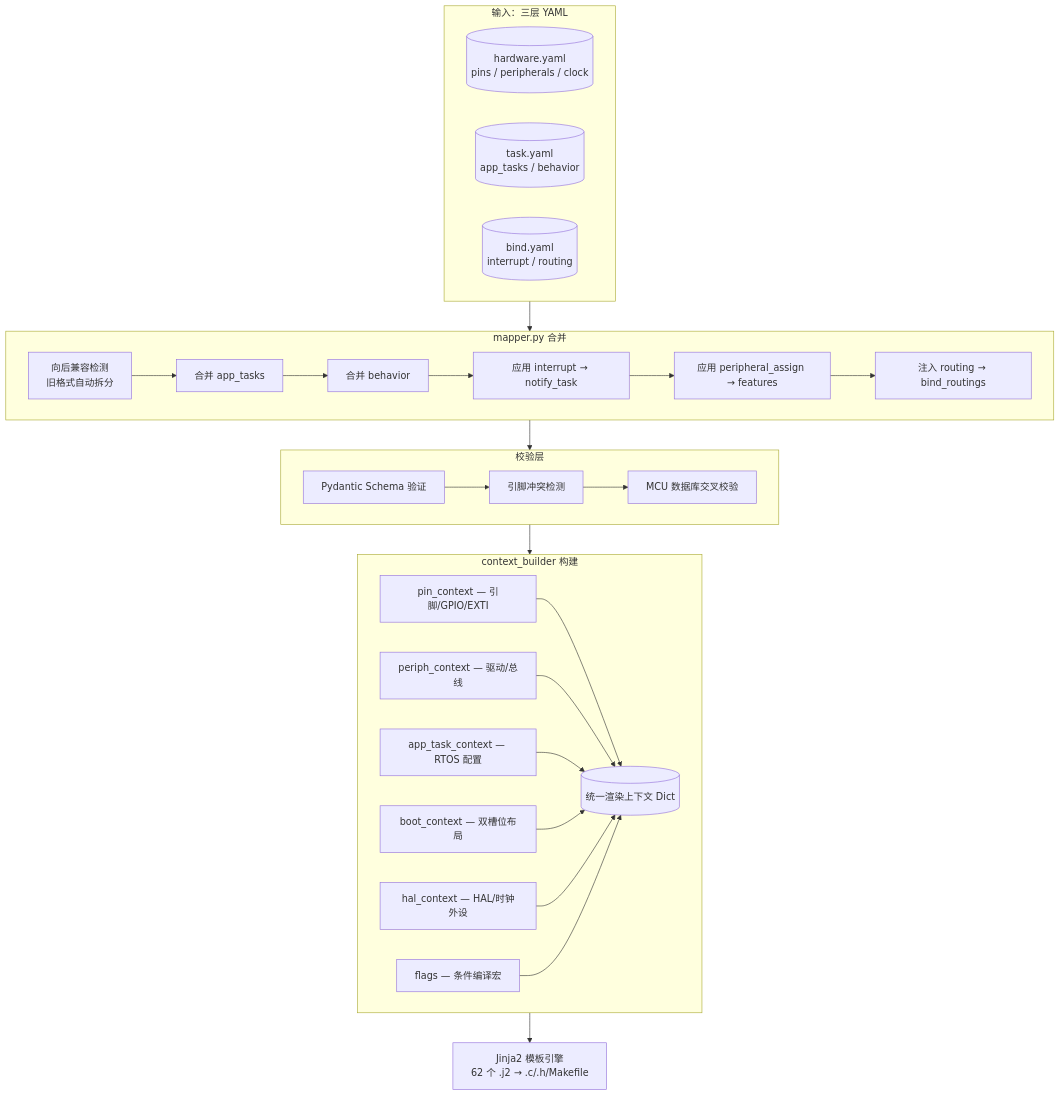
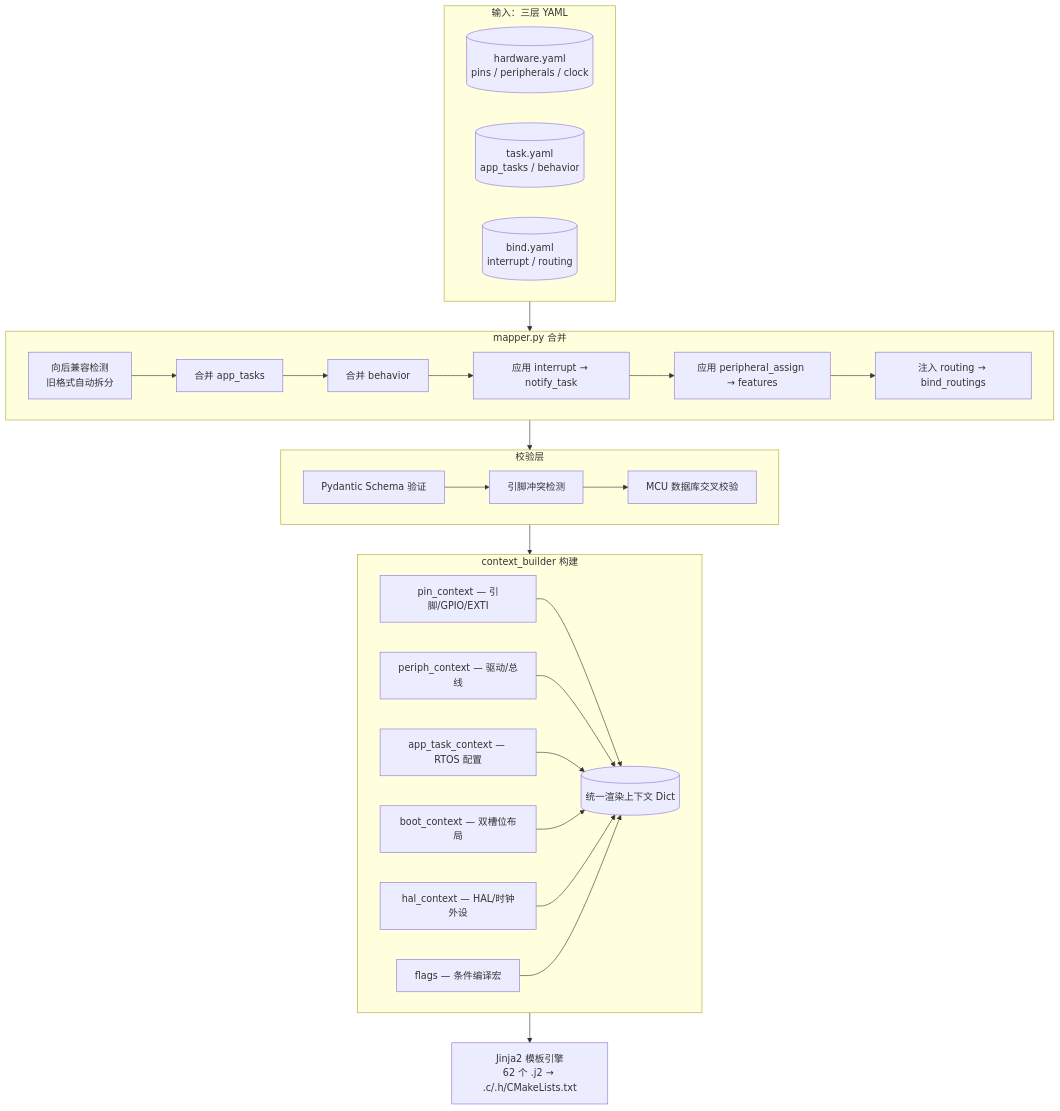
The third of 3 diagrams in README.md (jinliangliu/Hardware2Code), drawn with Mermaid before and after one commit. The commit also changed other lines of this file and 102 other files, not shown here.

First line of the commit message:
refactor: replace Makefile with cross-platform CMakeLists.txt

````diff
--- a/README.md
+++ b/README.md
@@ -103,35 +103,35 @@
 ```mermaid
 flowchart TB
     subgraph Inputs["输入：三层 YAML"]
         HW[("hardware.yaml<br>pins / peripherals / clock")]
         TASK[("task.yaml<br>app_tasks / behavior")]
         B[("bind.yaml<br>interrupt / routing")]
     end
 
     subgraph Merge["mapper.py 合并"]
         M1["向后兼容检测<br>旧格式自动拆分"] --> M2["合并 app_tasks"]
         M2 --> M3["合并 behavior"]
         M3 --> M4["应用 interrupt → notify_task"]
         M4 --> M5["应用 peripheral_assign → features"]
         M5 --> M6["注入 routing → bind_routings"]
     end
 
     subgraph Validate["校验层"]
         V1["Pydantic Schema 验证"] --> V2["引脚冲突检测"]
         V2 --> V3["MCU 数据库交叉校验"]
     end
 
     subgraph Context["context_builder 构建"]
         CB1["pin_context — 引脚/GPIO/EXTI"] --> CB
         CB2["periph_context — 驱动/总线"] --> CB
         CB3["app_task_context — RTOS 配置"] --> CB
         CB4["boot_context — 双槽位布局"] --> CB
         CB5["hal_context — HAL/时钟外设"] --> CB
         CB6["flags — 条件编译宏"] --> CB
         CB[("统一渲染上下文 Dict")]
     end
 
     Inputs --> Merge --> Validate --> Context
 
-    Context --> J2["Jinja2 模板引擎<br>62 个 .j2 → .c/.h/Makefile"]
+    Context --> J2["Jinja2 模板引擎<br>62 个 .j2 → .c/.h/CMakeLists.txt"]
 ```
````
